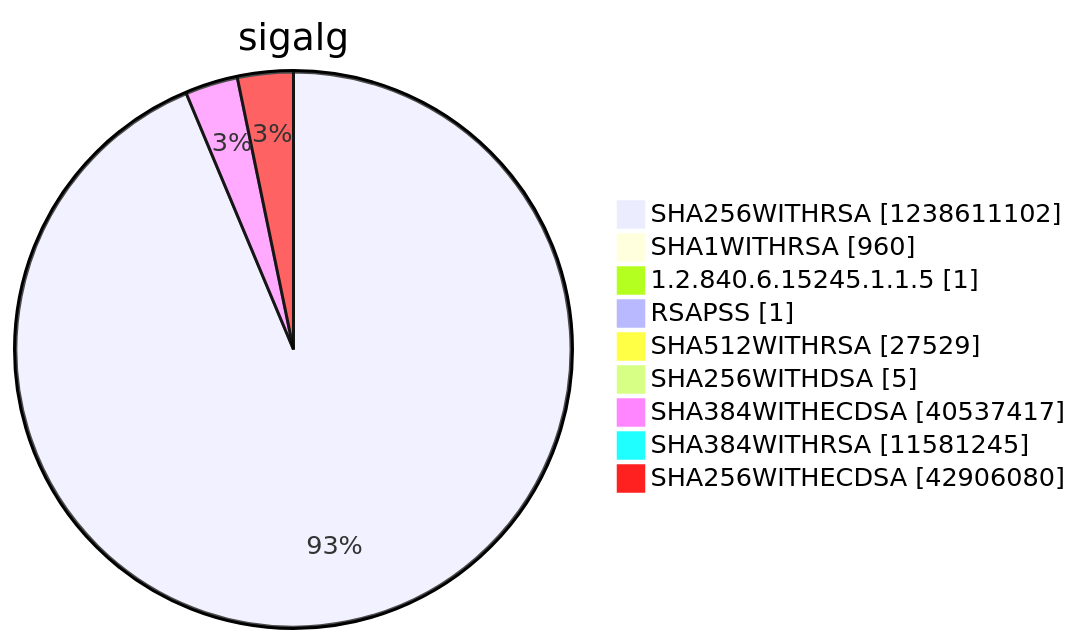
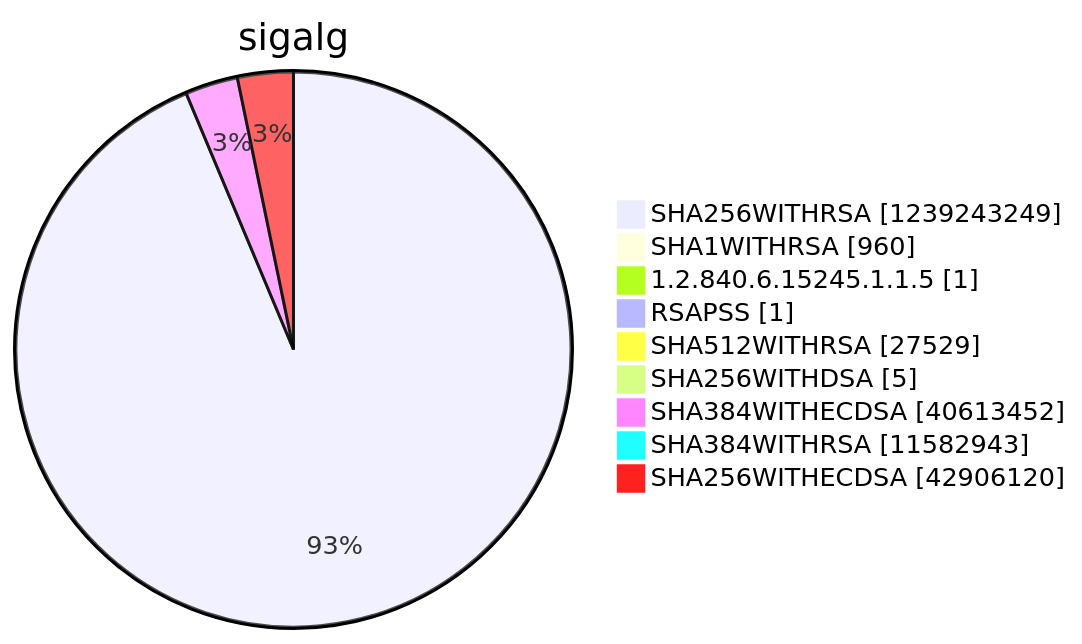
One commit to christiankrug/ctmonitor_visualization changed diagram 15 of 15 in argon2022/README.md. Above: the diagram before and after it, drawn with Mermaid. The commit also changed other lines of this file, not shown here.

````diff
--- a/argon2022/README.md
+++ b/argon2022/README.md
@@ -5522,13 +5522,13 @@
 ```mermaid
 pie showData
 title sigalg
-"SHA256WITHRSA" :1238611102
+"SHA256WITHRSA" :1239243249
 "SHA1WITHRSA" :960
 "1.2.840.6.15245.1.1.5" :1
 "RSAPSS" :1
 "SHA512WITHRSA" :27529
 "SHA256WITHDSA" :5
-"SHA384WITHECDSA" :40537417
-"SHA384WITHRSA" :11581245
-"SHA256WITHECDSA" :42906080
+"SHA384WITHECDSA" :40613452
+"SHA384WITHRSA" :11582943
+"SHA256WITHECDSA" :42906120
 ```
````
